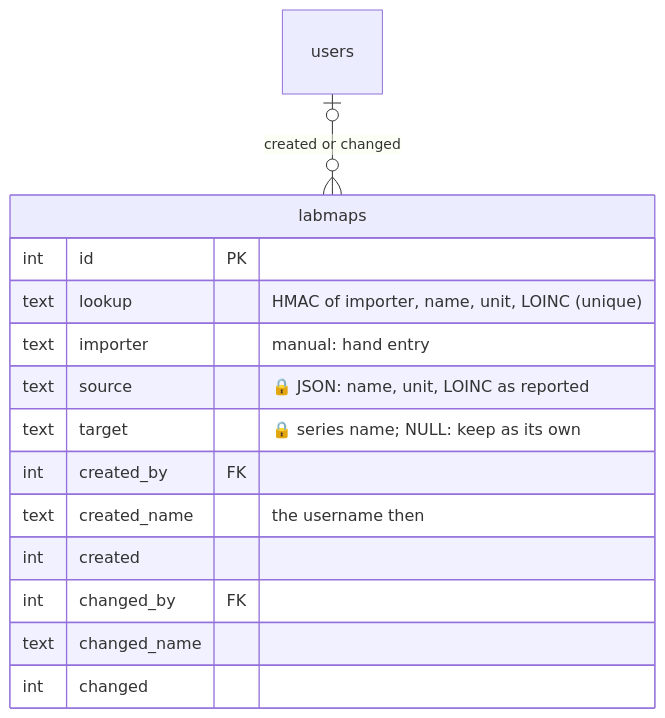
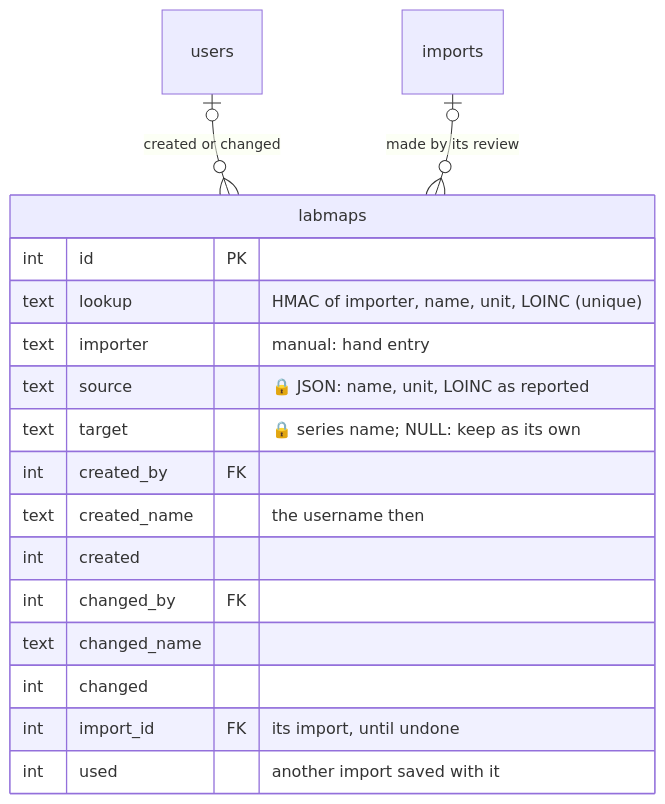
Before and after one commit to sanguity/sanguity: the third of 10 diagrams in docs/database.md, drawn with Mermaid. The commit also changed other lines of this file and 13 other files, not shown here.

````diff
--- a/docs/database.md
+++ b/docs/database.md
@@ -364,18 +365,21 @@
 ```mermaid
 erDiagram
     users |o--o{ labmaps : "created or changed"
+    imports |o--o{ labmaps : "made by its review"
 
     labmaps {
         int id PK
         text lookup "HMAC of importer, name, unit, LOINC (unique)"
         text importer "manual: hand entry"
         text source "🔒 JSON: name, unit, LOINC as reported"
         text target "🔒 series name; NULL: keep as its own"
         int created_by FK
         text created_name "the username then"
         int created
         int changed_by FK
         text changed_name
         int changed
+        int import_id FK "its import, until undone"
+        int used "another import saved with it"
     }
 ```
````
